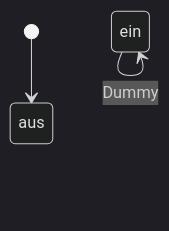
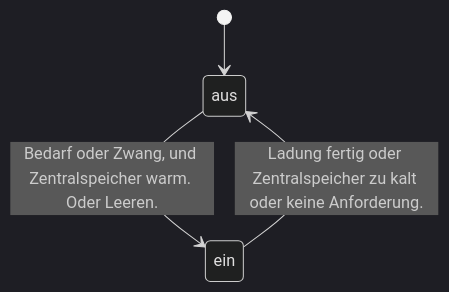
The diagram in steuerung_automatik/zero-software/doc/statemachine_HsmPumpe.md (petermaerki/puenterswis_heizung_2023_git), drawn with Mermaid (dark theme) before and after one commit. The commit also changed 10 other files, not shown here.

````diff
--- a/steuerung_automatik/zero-software/doc/statemachine_HsmPumpe.md
+++ b/steuerung_automatik/zero-software/doc/statemachine_HsmPumpe.md
@@ -1,12 +1,13 @@
 ```mermaid
 stateDiagram-v2
     aus: aus
     state aus
 
     ein: ein
     state ein
-    ein --> ein: Dummy
     [*] --> aus
 
     %% Transitions
+    aus --> ein: Bedarf oder Zwang, und Zentralspeicher warm. Oder Leeren.
+    ein --> aus: Ladung fertig oder Zentralspeicher zu kalt oder keine Anforderung.
 ```
````
